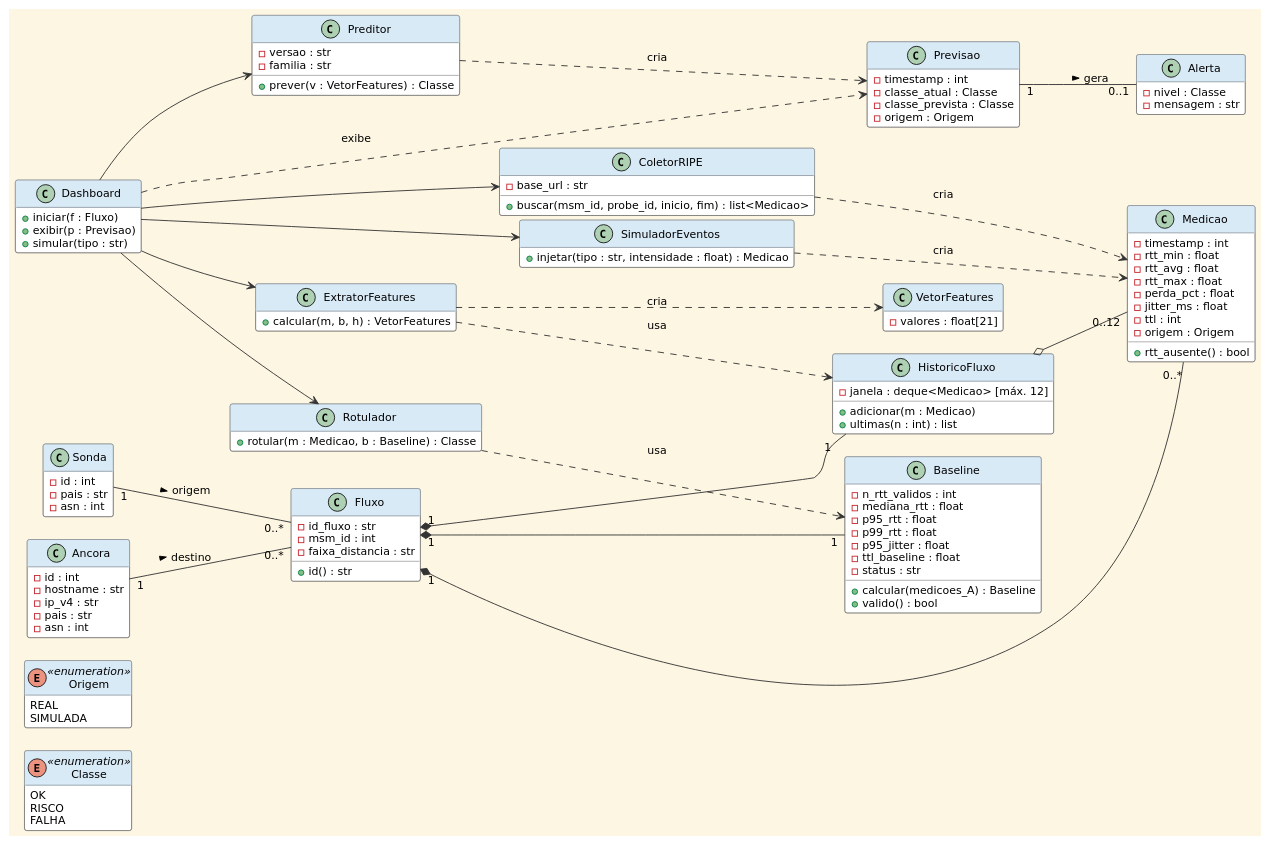
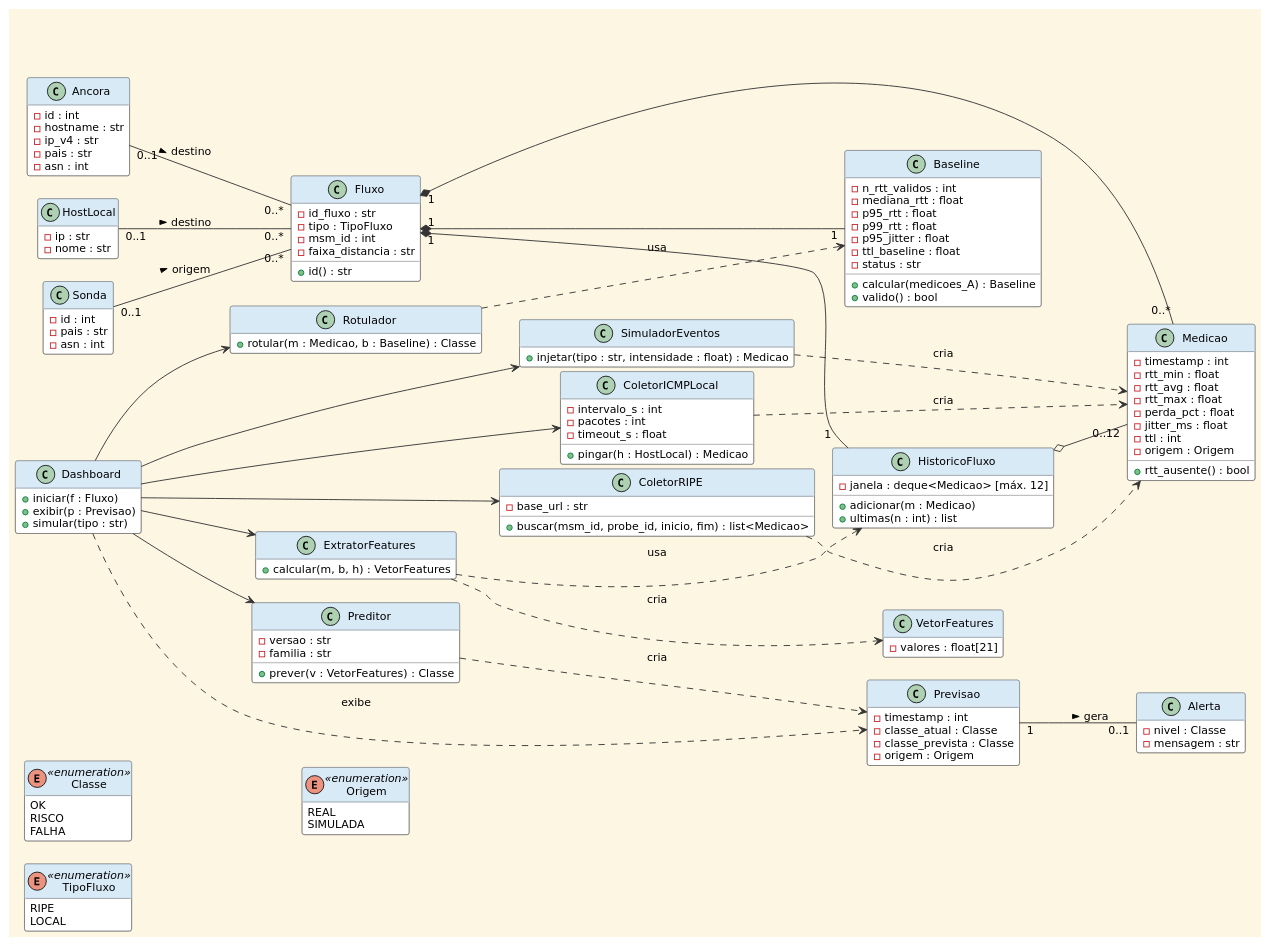
Before and after one commit to GzTop1/Redes-Projeto: the diagram in analise_de_sistemas/uml/02_classes.puml, drawn with PlantUML.

Commit message:
Atualizando UML

```diff
--- a/analise_de_sistemas/uml/02_classes.puml
+++ b/analise_de_sistemas/uml/02_classes.puml
@@ -1,139 +1,157 @@
 @startuml
 skinparam backgroundColor #FDF6E3
 skinparam defaultFontName DejaVu Sans
 skinparam defaultFontSize 12
 skinparam shadowing false
 skinparam ArrowColor #333333
 skinparam ActorBorderColor #333333
 skinparam ActorBackgroundColor #F2F2F2
 skinparam UsecaseBorderColor #555555
 skinparam UsecaseBackgroundColor #F2F2F2
 skinparam ClassBorderColor #555555
 skinparam ClassBackgroundColor #FFFFFF
 skinparam ClassHeaderBackgroundColor #D9EAF7
 skinparam ParticipantBorderColor #555555
 skinparam ParticipantBackgroundColor #D9EAF7
 skinparam SequenceLifeLineBorderColor #888888
 skinparam ActivityBorderColor #555555
 skinparam ActivityBackgroundColor #FFFFFF
 skinparam ActivityDiamondBackgroundColor #FFF0D9
 skinparam ActivityDiamondBorderColor #555555
 skinparam SwimlaneBorderColor #888888
 skinparam NoteBackgroundColor #FFFBEA
 skinparam NoteBorderColor #AAAAAA
 skinparam PackageBorderColor #555555
 hide empty members
 left to right direction
 skinparam nodesep 25
 skinparam ranksep 40
 enum Classe <<enumeration>> {
   OK
   RISCO
   FALHA
 }
+enum TipoFluxo <<enumeration>> {
+  RIPE
+  LOCAL
+}
 enum Origem <<enumeration>> {
   REAL
   SIMULADA
 }
 class Sonda {
   - id : int
   - pais : str
   - asn : int
 }
 class Ancora {
   - id : int
   - hostname : str
   - ip_v4 : str
   - pais : str
   - asn : int
 }
 class Fluxo {
   - id_fluxo : str
+  - tipo : TipoFluxo
   - msm_id : int
   - faixa_distancia : str
   + id() : str
 }
 class Medicao {
   - timestamp : int
   - rtt_min : float
   - rtt_avg : float
   - rtt_max : float
   - perda_pct : float
   - jitter_ms : float
   - ttl : int
   - origem : Origem
   + rtt_ausente() : bool
 }
 class Baseline {
   - n_rtt_validos : int
   - mediana_rtt : float
   - p95_rtt : float
   - p99_rtt : float
   - p95_jitter : float
   - ttl_baseline : float
   - status : str
   + calcular(medicoes_A) : Baseline
   + valido() : bool
 }
 class HistoricoFluxo {
   - janela : deque<Medicao> [máx. 12]
   + adicionar(m : Medicao)
   + ultimas(n : int) : list
 }
 class Rotulador {
   + rotular(m : Medicao, b : Baseline) : Classe
 }
 class ExtratorFeatures {
   + calcular(m, b, h) : VetorFeatures
 }
 class VetorFeatures {
   - valores : float[21]
 }
 class Preditor {
   - versao : str
   - familia : str
   + prever(v : VetorFeatures) : Classe
 }
 class Previsao {
   - timestamp : int
   - classe_atual : Classe
   - classe_prevista : Classe
   - origem : Origem
 }
 class Alerta {
   - nivel : Classe
   - mensagem : str
 }
+class HostLocal {
+  - ip : str
+  - nome : str
+}
+class ColetorICMPLocal {
+  - intervalo_s : int
+  - pacotes : int
+  - timeout_s : float
+  + pingar(h : HostLocal) : Medicao
+}
 class ColetorRIPE {
   - base_url : str
   + buscar(msm_id, probe_id, inicio, fim) : list<Medicao>
 }
 class SimuladorEventos {
   + injetar(tipo : str, intensidade : float) : Medicao
 }
 class Dashboard {
   + iniciar(f : Fluxo)
   + exibir(p : Previsao)
   + simular(tipo : str)
 }
 
-Sonda "1" -- "0..*" Fluxo : origem >
-Ancora "1" -- "0..*" Fluxo : destino >
+Sonda "0..1" -- "0..*" Fluxo : origem >
+Ancora "0..1" -- "0..*" Fluxo : destino >
+HostLocal "0..1" -- "0..*" Fluxo : destino >
 Fluxo "1" *-- "0..*" Medicao
 Fluxo "1" *-- "1" Baseline
 Fluxo "1" *-- "1" HistoricoFluxo
 HistoricoFluxo o-- "0..12" Medicao
 Previsao "1" -- "0..1" Alerta : gera >
 Dashboard --> Preditor
 Dashboard --> ColetorRIPE
+Dashboard --> ColetorICMPLocal
 Dashboard --> SimuladorEventos
 Dashboard --> Rotulador
 Dashboard --> ExtratorFeatures
 Dashboard ..> Previsao : exibe
 ColetorRIPE ..> Medicao : cria
+ColetorICMPLocal ..> Medicao : cria
 SimuladorEventos ..> Medicao : cria
 Rotulador ..> Baseline : usa
 ExtratorFeatures ..> HistoricoFluxo : usa
 ExtratorFeatures ..> VetorFeatures : cria
 Preditor ..> Previsao : cria
 @enduml
```
